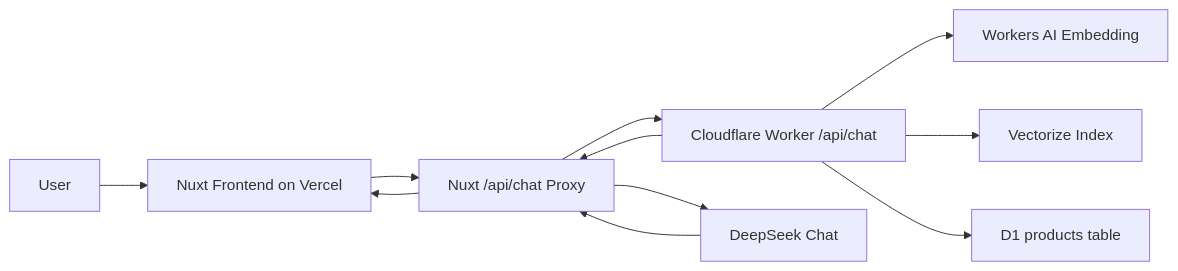
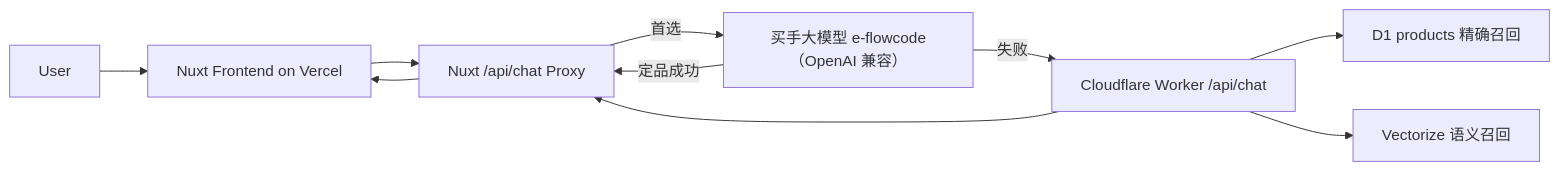
Before and after one commit to abobb414/Retail-AI-Agent: the diagram in README.md, drawn with Mermaid. The commit also changed other lines of this file and 38 other files, not shown here.

````diff
--- a/README.md
+++ b/README.md
@@ -35,13 +38,12 @@
 ```mermaid
 flowchart LR
     U["User"] --> V["Nuxt Frontend on Vercel"]
     V --> N["Nuxt /api/chat Proxy"]
-    N --> W["Cloudflare Worker /api/chat"]
-    W --> AI["Workers AI Embedding"]
-    W --> VX["Vectorize Index"]
-    W --> D1["D1 products table"]
-    W --> N
-    N --> DS["DeepSeek Chat"]
-    DS --> N
+    N -->|首选| L["买手大模型 e-flowcode（OpenAI 兼容）"]
+    L -->|定品成功| N
+    L -->|失败| C["Cloudflare Worker /api/chat"]
+    C --> D1["D1 products 精确召回"]
+    C --> VX["Vectorize 语义召回"]
+    C --> N
     N --> V
 ```
````
